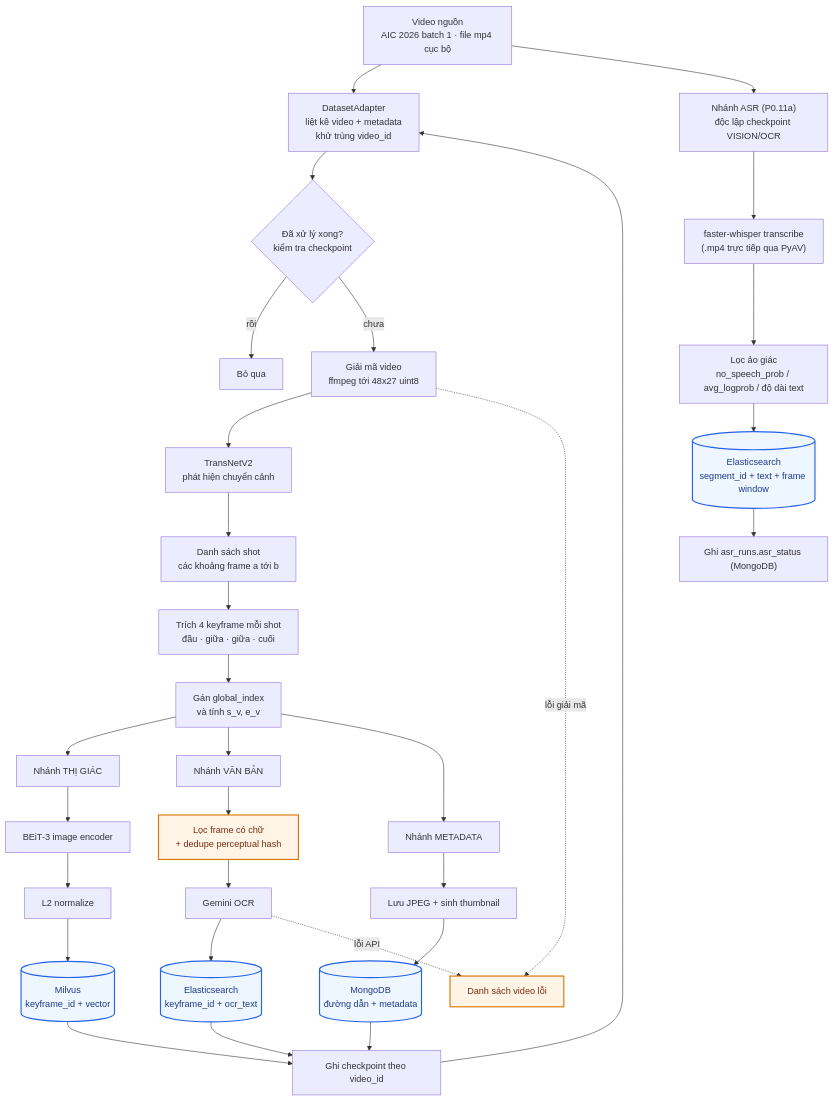
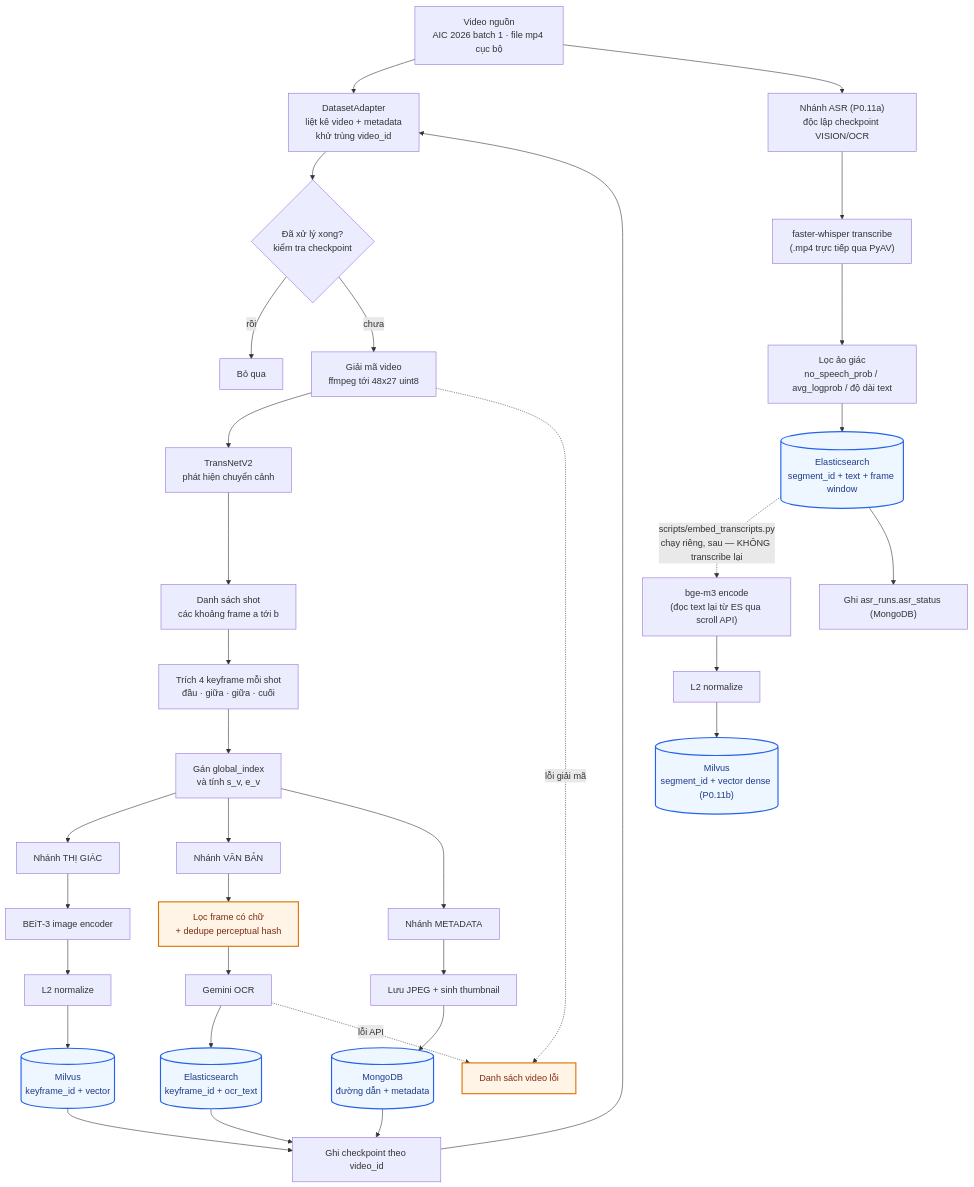
One commit to tiendze/AIC-Video-Retrieval changed the second of 7 diagrams in docs/architecture.md. Above: the diagram before and after it, drawn with Mermaid. The commit also changed other lines of this file and 15 other files, not shown here.

First line of the commit message:
feat: add P0.11a JSON export/timing report + P0.11b bge-m3 transcript embed channel

````diff
--- a/docs/architecture.md
+++ b/docs/architecture.md
@@ -114,47 +114,51 @@
 ```mermaid
 flowchart TD
     A["Video nguồn<br/>AIC 2026 batch 1 · file mp4 cục bộ"] --> B["DatasetAdapter<br/>liệt kê video + metadata<br/>khử trùng video_id"]
     B --> CK{"Đã xử lý xong?<br/>kiểm tra checkpoint"}
     CK -->|"rồi"| SKIP["Bỏ qua"]
     CK -->|"chưa"| C["Giải mã video<br/>ffmpeg tới 48x27 uint8"]
 
     C --> D["TransNetV2<br/>phát hiện chuyển cảnh"]
     D --> E["Danh sách shot<br/>các khoảng frame a tới b"]
     E --> F["Trích 4 keyframe mỗi shot<br/>đầu · giữa · giữa · cuối"]
     F --> G["Gán global_index<br/>và tính s_v, e_v"]
 
     G --> H1["Nhánh THỊ GIÁC"]
     G --> H2["Nhánh VĂN BẢN"]
     G --> H3["Nhánh METADATA"]
     A --> H4["Nhánh ASR (P0.11a)<br/>độc lập checkpoint VISION/OCR"]
 
     H1 --> I1["BEiT-3 image encoder"]
     I1 --> J1["L2 normalize"]
     J1 --> K1[("Milvus<br/>keyframe_id + vector")]
 
     H2 --> P["Lọc frame có chữ<br/>+ dedupe perceptual hash"]
     P --> I2["Gemini OCR"]
     I2 --> K2[("Elasticsearch<br/>keyframe_id + ocr_text")]
 
     H3 --> I3["Lưu JPEG + sinh thumbnail"]
     I3 --> K3[("MongoDB<br/>đường dẫn + metadata")]
 
     H4 --> P4["faster-whisper transcribe<br/>(.mp4 trực tiếp qua PyAV)"]
     P4 --> I4["Lọc ảo giác<br/>no_speech_prob / avg_logprob / độ dài text"]
     I4 --> K4[("Elasticsearch<br/>segment_id + text + frame window")]
 
+    K4 -.->|"scripts/embed_transcripts.py<br/>chạy riêng, sau — KHÔNG transcribe lại"| P5["bge-m3 encode<br/>(đọc text lại từ ES qua scroll API)"]
+    P5 --> J5["L2 normalize"]
+    J5 --> K5[("Milvus<br/>segment_id + vector dense (P0.11b)")]
+
     K1 --> Z["Ghi checkpoint theo video_id"]
     K2 --> Z
     K3 --> Z
     Z --> B
     K4 --> Z4["Ghi asr_runs.asr_status (MongoDB)"]
 
     ERR["Danh sách video lỗi"]
     C -.->|"lỗi giải mã"| ERR
     I2 -.->|"lỗi API"| ERR
 
     classDef store fill:#eef6ff,stroke:#2563eb,stroke-width:2px,color:#1e3a8a
     classDef risk fill:#fff4e6,stroke:#d97706,stroke-width:2px,color:#7c2d12
-    class K1,K2,K3,K4 store
+    class K1,K2,K3,K4,K5 store
     class P,ERR risk
 ```
````
